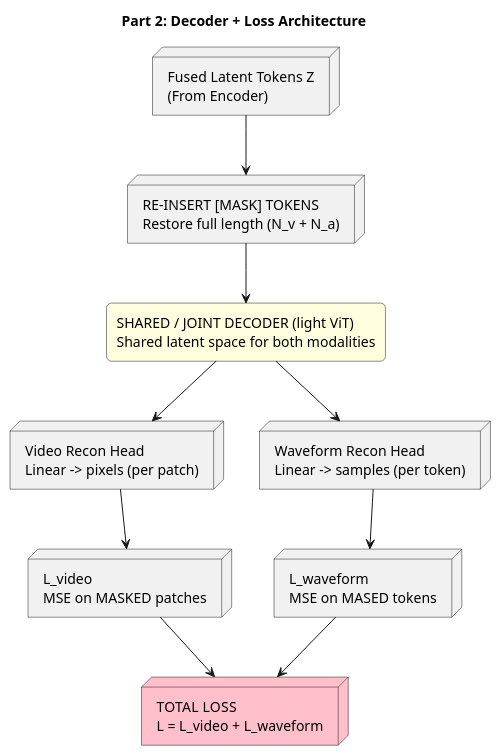
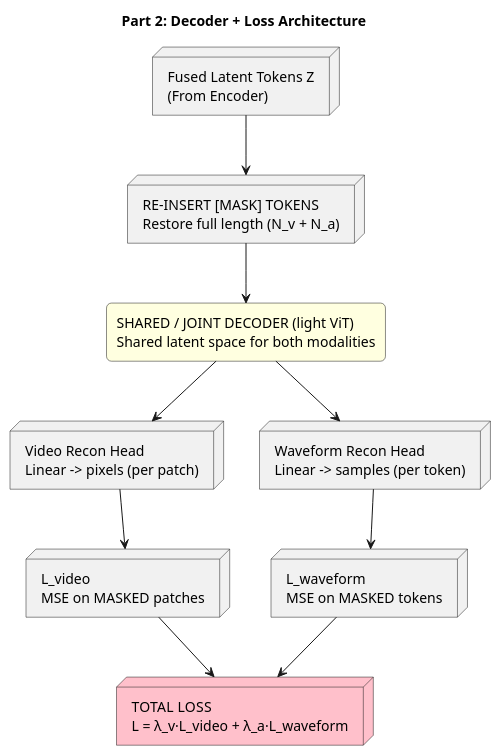
One commit to LeqiaoP1/MA-project-KISMED changed the second of 2 diagrams in code/notes/design/SolutionC_EarlyTokenMixing_stage2.md. Above: the diagram before and after it, drawn with PlantUML. The commit also changed other lines of this file and 1 other file, not shown here.

Commit message:
Update architecture diagrams for Solution A and Solution C to clarify token masking percentages and loss calculations

````diff
--- a/code/notes/design/SolutionC_EarlyTokenMixing_stage2.md
+++ b/code/notes/design/SolutionC_EarlyTokenMixing_stage2.md
@@ -50,34 +50,34 @@
 ```plantuml
 @startuml
 skinparam RoundCorner 10
 skinparam ComponentStyle rectangle
 
 title Part 2: Decoder + Loss Architecture
 
 node "Fused Latent Tokens Z\n(From Encoder)" as LATENT
 node "RE-INSERT [MASK] TOKENS\nRestore full length (N_v + N_a)" as REINSERT
 
 LATENT --> REINSERT
 
 rectangle "SHARED / JOINT DECODER (light ViT)\nShared latent space for both modalities" as DECODER #LightYellow
 REINSERT --> DECODER
 
 node "Video Recon Head\nLinear -> pixels (per patch)" as V_HEAD
 node "Waveform Recon Head\nLinear -> samples (per token)" as A_HEAD
 
 DECODER --> V_HEAD
 DECODER --> A_HEAD
 
 node "L_video\nMSE on MASKED patches" as V_LOSS
-node "L_waveform\nMSE on MASED tokens" as A_LOSS
+node "L_waveform\nMSE on MASKED tokens" as A_LOSS
 
 V_HEAD --> V_LOSS
 A_HEAD --> A_LOSS
 
-node "TOTAL LOSS\nL = L_video + L_waveform" as TOTAL_LOSS #Pink
+node "TOTAL LOSS\nL = λ_v·L_video + λ_a·L_waveform" as TOTAL_LOSS #Pink
 
 V_LOSS --> TOTAL_LOSS
 A_LOSS --> TOTAL_LOSS
 
 @enduml
 ```
````
